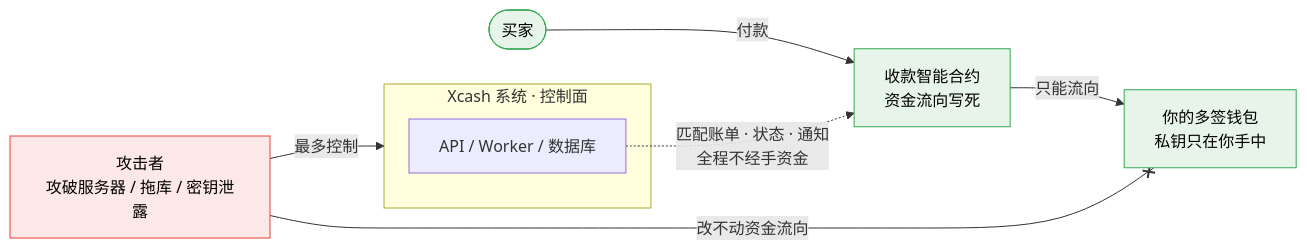
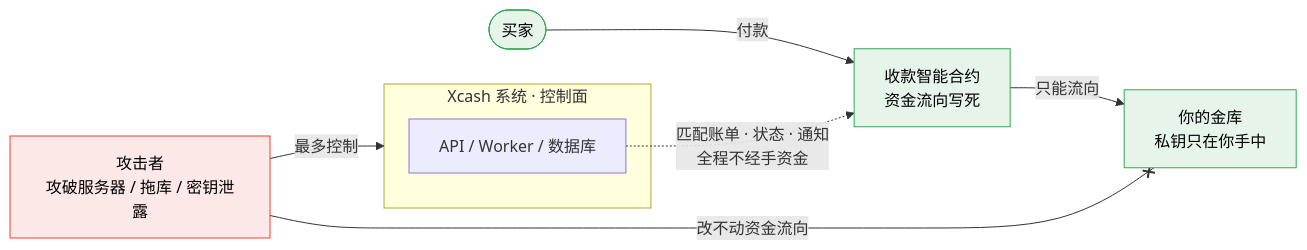
Before and after one commit to xca-sh/xcash: the first of 2 diagrams in README.md, drawn with Mermaid. The commit also changed other lines of this file and 1 other file, not shown here.

````diff
--- a/README.md
+++ b/README.md
@@ -41,22 +41,22 @@
 ```mermaid
 flowchart LR
     Buyer(["买家"])
     Contract["收款智能合约<br/>资金流向写死"]
-    Wallet["你的多签钱包<br/>私钥只在你手中"]
+    Wallet["你的金库<br/>私钥只在你手中"]
 
     Buyer -->|付款| Contract -->|只能流向| Wallet
 
     subgraph XcashBox["Xcash 系统 · 控制面"]
         Core["API / Worker / 数据库"]
     end
     Core -.->|匹配账单 · 状态 · 通知<br/>全程不经手资金| Contract
 
     Attacker["攻击者<br/>攻破服务器 / 拖库 / 密钥泄露"]
     Attacker -->|最多控制| XcashBox
     Attacker -- 改不动资金流向 --x Wallet
 
     classDef money fill:#e6f4ea,stroke:#34a853,color:#000;
     classDef danger fill:#fce8e6,stroke:#ea4335,color:#000;
     class Buyer,Contract,Wallet money;
     class Attacker danger;
 ```
````
